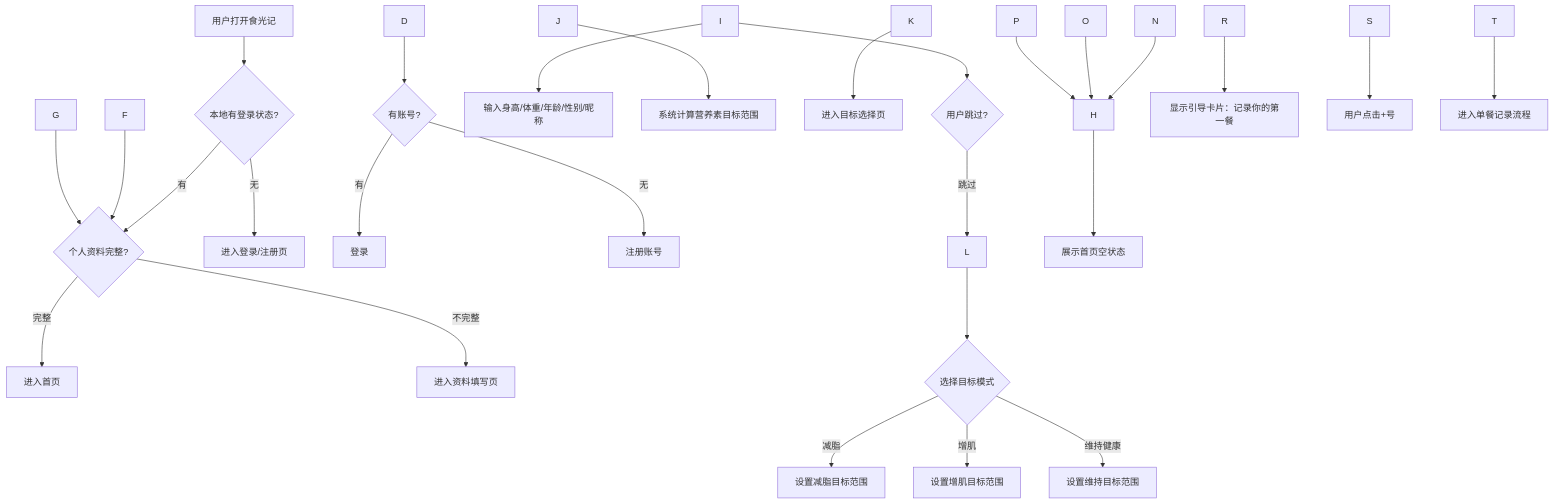
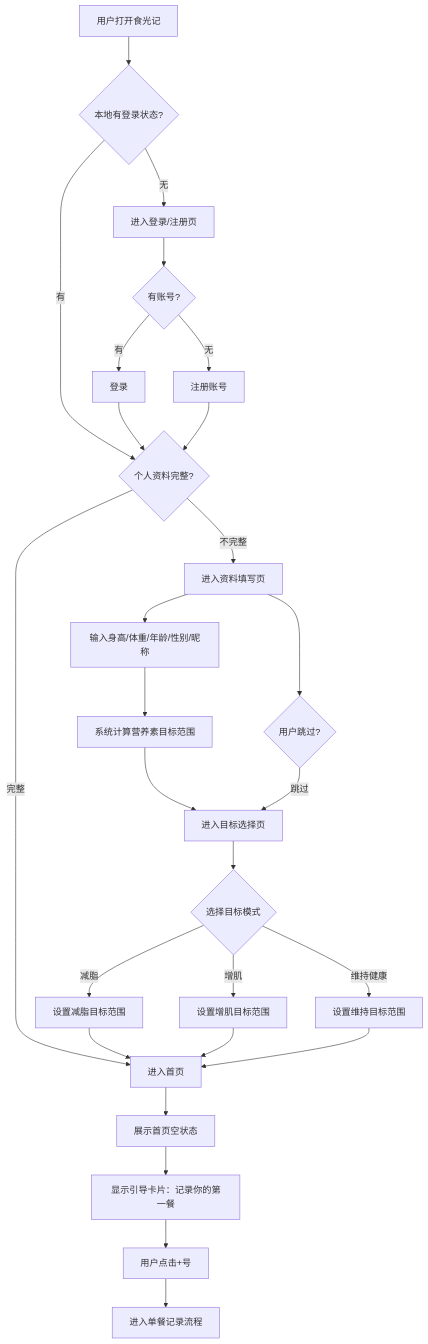
Before and after one commit to BB-BOO/shiguangji: the first of 10 diagrams in docs/食光记-PRD-最终版.md, drawn with Mermaid. The commit also changed other lines of this file and 3 other files, not shown here.

````diff
--- a/docs/食光记-PRD-最终版.md
+++ b/docs/食光记-PRD-最终版.md
@@ -131,29 +131,29 @@
 ```mermaid
 flowchart TD
-    A\[用户打开食光记] --> B{本地有登录状态?}
+    A[用户打开食光记] --> B{本地有登录状态?}
     B -->|有| C{个人资料完整?}
-    B -->|无| D\[进入登录/注册页]
+    B -->|无| D[进入登录/注册页]
     D --> E{有账号?}
-    E -->|有| F\[登录]
-    E -->|无| G\[注册账号]
+    E -->|有| F[登录]
+    E -->|无| G[注册账号]
     F --> C
     G --> C
-    C -->|完整| H\[进入首页]
-    C -->|不完整| I\[进入资料填写页]
-    I --> J\[输入身高/体重/年龄/性别/昵称]
-    J --> K\[系统计算营养素目标范围]
-    K --> L\[进入目标选择页]
+    C -->|完整| H[进入首页]
+    C -->|不完整| I[进入资料填写页]
+    I --> J[输入身高/体重/年龄/性别/昵称]
+    J --> K[系统计算营养素目标范围]
+    K --> L[进入目标选择页]
     L --> M{选择目标模式}
-    M -->|减脂| N\[设置减脂目标范围]
-    M -->|增肌| O\[设置增肌目标范围]
-    M -->|维持健康| P\[设置维持目标范围]
+    M -->|减脂| N[设置减脂目标范围]
+    M -->|增肌| O[设置增肌目标范围]
+    M -->|维持健康| P[设置维持目标范围]
     I --> Q{用户跳过?}
     Q -->|跳过| L
     N --> H
     O --> H
     P --> H
-    H --> R\[展示首页空状态]
-    R --> S\["显示引导卡片：记录你的第一餐"]
-    S --> T\[用户点击+号]
-    T --> U\[进入单餐记录流程]
+    H --> R[展示首页空状态]
+    R --> S["显示引导卡片：记录你的第一餐"]
+    S --> T[用户点击+号]
+    T --> U[进入单餐记录流程]
 ```
````
